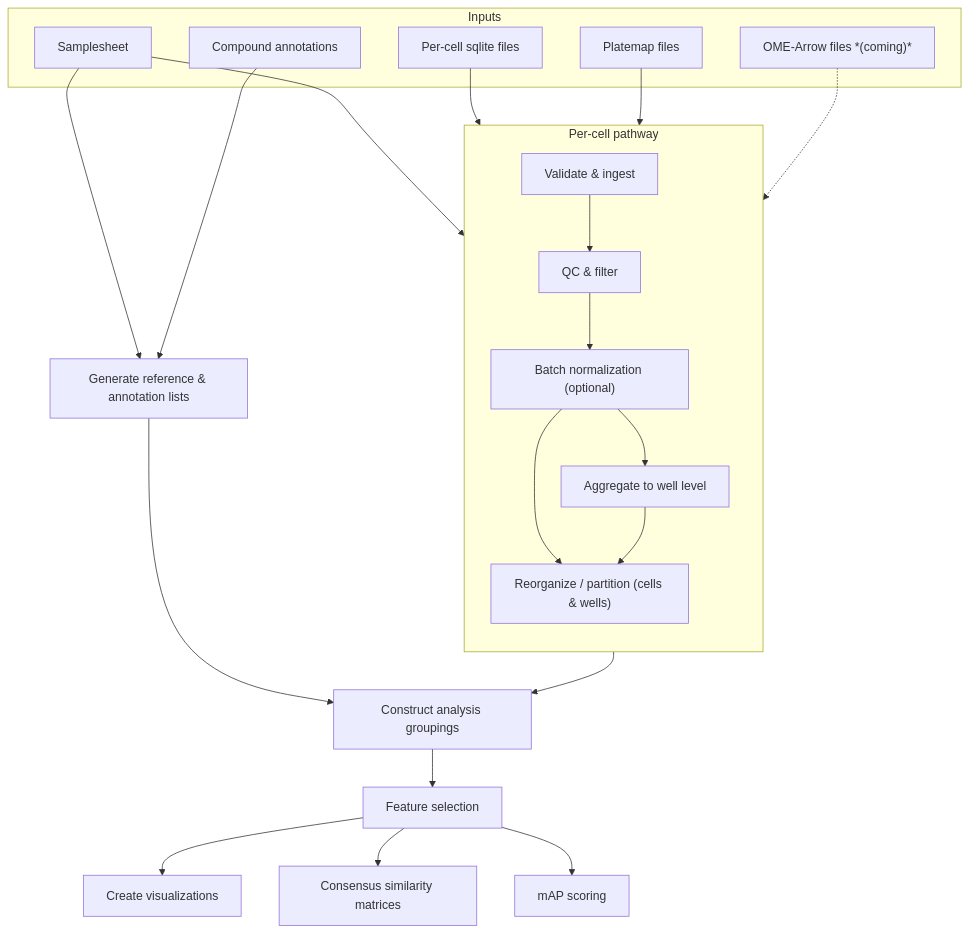
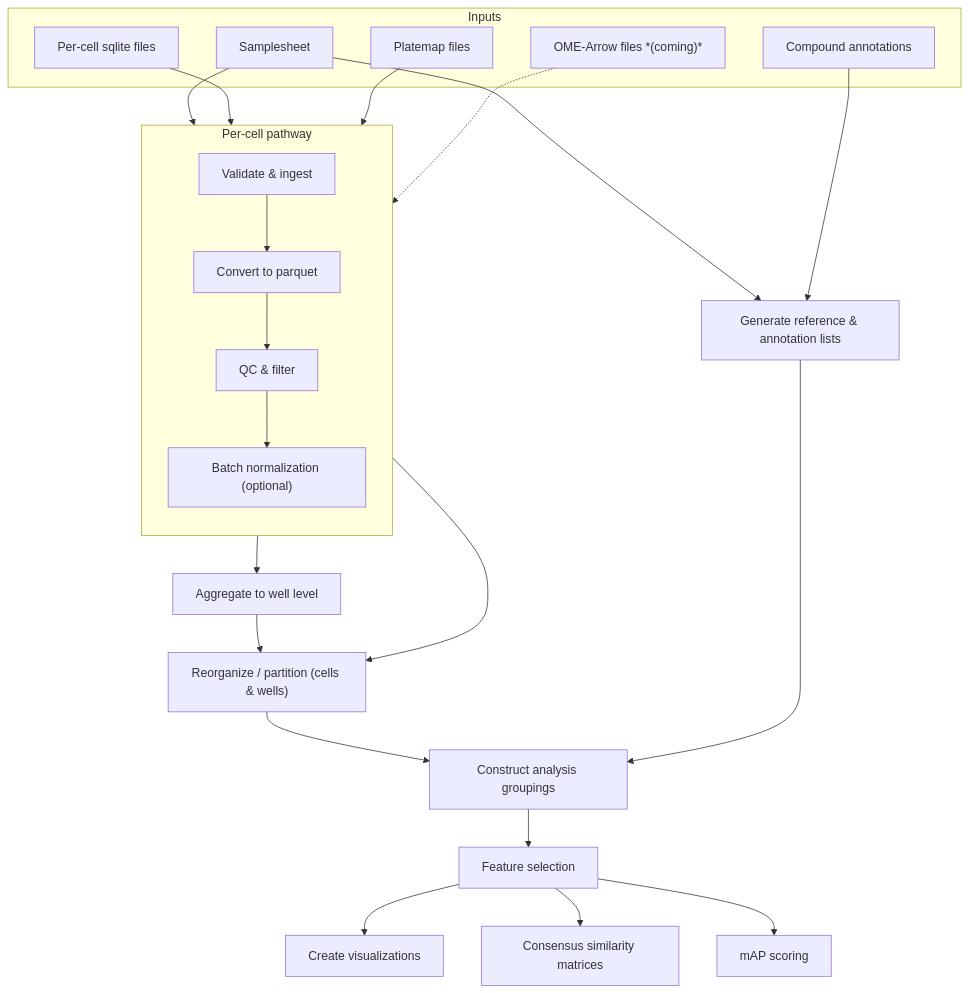
One commit to AlexsLemonade/morphport changed the diagram in planning/outline.md. Above: the diagram before and after it, drawn with Mermaid. The commit also changed other lines of this file, not shown here.

Commit message:
Separate parquet conversion and add note about illumination channels

````diff
--- a/planning/outline.md
+++ b/planning/outline.md
@@ -215,33 +231,37 @@
 ```mermaid
 flowchart TD
     subgraph IN["Inputs"]
         SS["Samplesheet"]
-        CPQ["Per-cell sqlite files"]
+        CSQL["Per-cell sqlite files"]
         PM["Platemap files"]
         CA["Compound annotations"]
         OA["OME-Arrow files *(coming)*"]
     end
 
     subgraph CELL["Per-cell pathway"]
         direction TB
         VI_C["Validate & ingest"]
+        CPQ["Convert to parquet"]
         QC_C["QC & filter"]
         N_C["Batch normalization (optional)"]
-        WSM["Aggregate to well level"]
-        P["Reorganize / partition (cells & wells)"]
-        VI_C --> QC_C --> N_C --> WSM & P
-        WSM --> P
+        VI_C --> CPQ --> QC_C --> N_C
     end
 
-    SS & CPQ & PM --> VI_C
+    SS & CSQL & PM --> VI_C
     OA -.-> VI_C
+
+    WSM["Aggregate to well level"]
+    P["Reorganize / partition (cells & wells)"]
+    N_C --> WSM & P
+    WSM --> P
+
     SS & CA --> REF["Generate reference & annotation lists"]
 
     P --> GRP["Construct analysis groupings"]
     REF --> GRP
 
     GRP --> FS["Feature selection"]
     FS --> VIZ["Create visualizations"]
     FS --> SIM["Consensus similarity matrices"]
     FS --> MAP["mAP scoring"]
 ```
````
